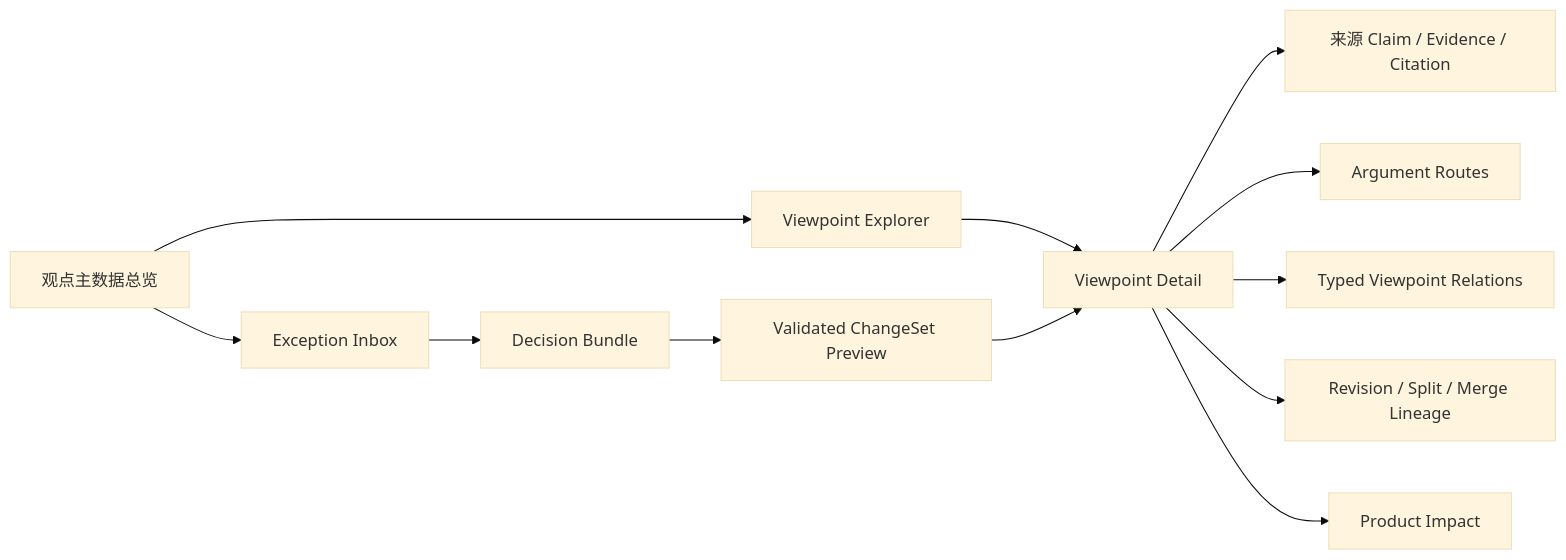
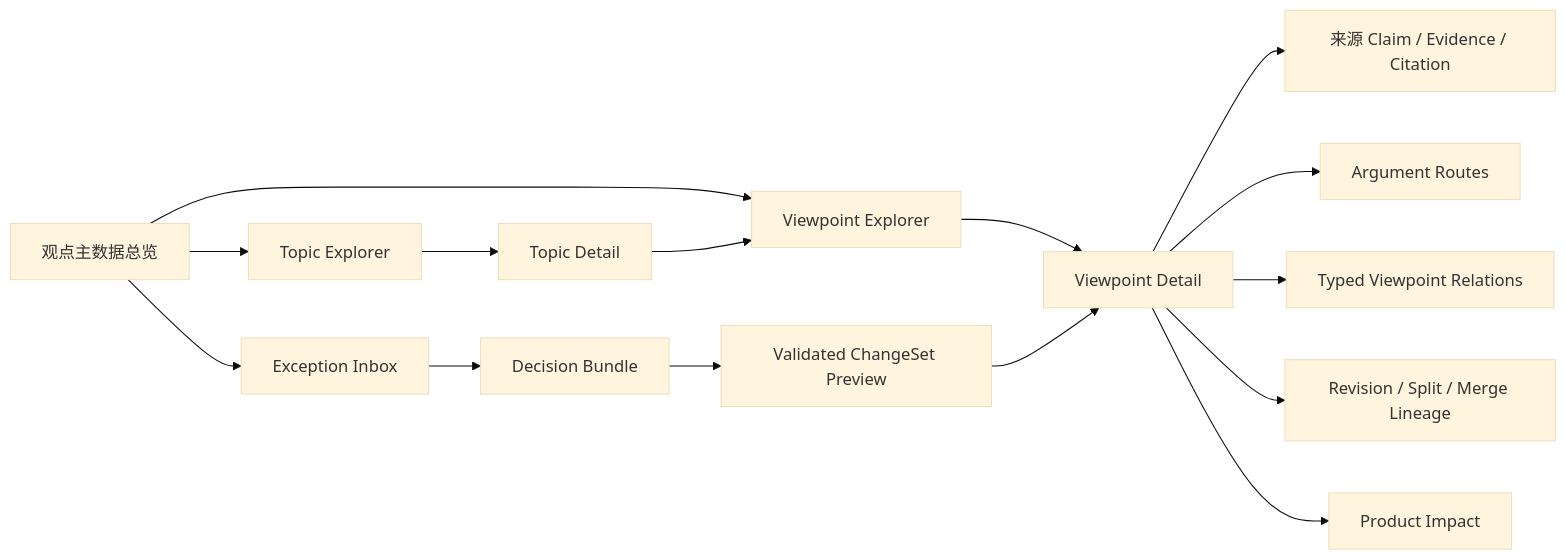
Before and after one commit to junyang168/smart-answer: the ninth of 9 diagrams in docs/wang-knowledge-platform/canonical_viewpoint_registry_design_v1.md, drawn with Mermaid (base theme). The commit also changed other lines of this file, not shown here.

Commit message:
docs(wang): define topic viewpoint argument boundaries

````diff
--- a/docs/wang-knowledge-platform/canonical_viewpoint_registry_design_v1.md
+++ b/docs/wang-knowledge-platform/canonical_viewpoint_registry_design_v1.md
@@ -2167,14 +2352,17 @@
 ```mermaid
 flowchart LR
     O["观点主数据总览"] --> E["Viewpoint Explorer"]
+    O --> T["Topic Explorer"]
     O --> X["Exception Inbox"]
+    T --> TD["Topic Detail"]
+    TD --> E
     E --> D["Viewpoint Detail"]
     D --> S["来源 Claim / Evidence / Citation"]
     D --> R["Argument Routes"]
     D --> G["Typed Viewpoint Relations"]
     D --> L["Revision / Split / Merge Lineage"]
     D --> P["Product Impact"]
     X --> B["Decision Bundle"]
     B --> C["Validated ChangeSet Preview"]
     C --> D
 ```
````
